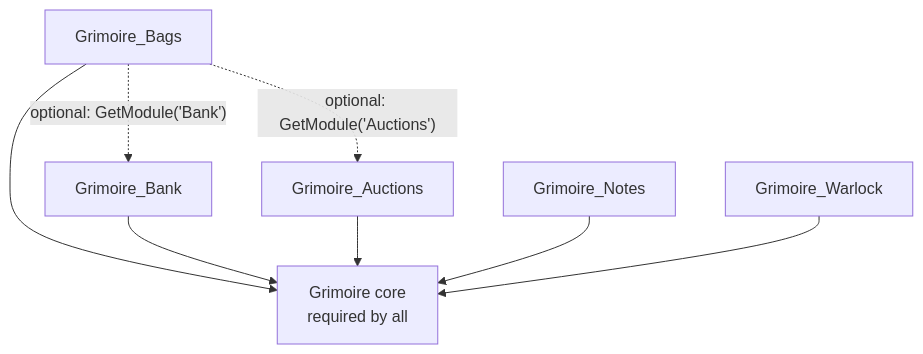
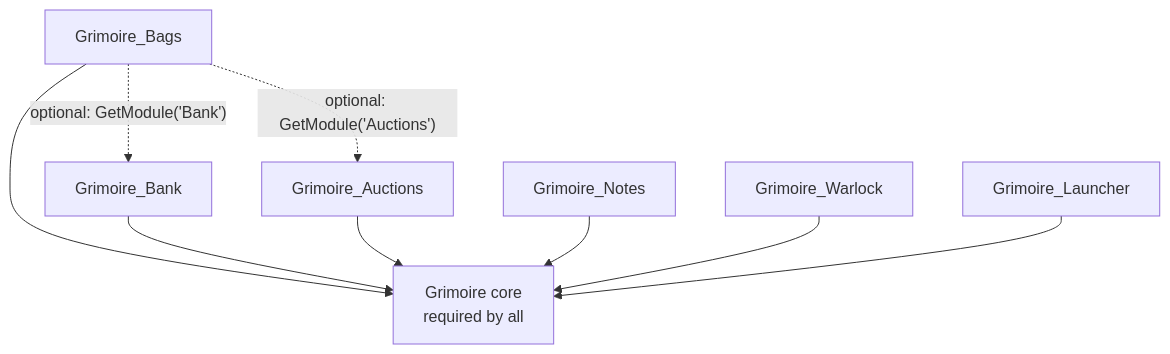
One commit to PhillypHenning/grimoire changed the diagram in docs/adr/0002-every-component-is-a-toggleable-addon.md. Above: the diagram before and after it, drawn with Mermaid. The commit also changed 11 other files, not shown here.

First line of the commit message:
Add Grimoire_Launcher: movable button for move mode and a menu

````diff
--- a/docs/adr/0002-every-component-is-a-toggleable-addon.md
+++ b/docs/adr/0002-every-component-is-a-toggleable-addon.md
@@ -21,11 +21,12 @@
 ```mermaid
 flowchart TD
     Core[Grimoire core<br/>required by all]
     Bags[Grimoire_Bags] --> Core
     Bank[Grimoire_Bank] --> Core
     Auctions[Grimoire_Auctions] --> Core
     Notes[Grimoire_Notes] --> Core
     Warlock[Grimoire_Warlock] --> Core
+    Launcher[Grimoire_Launcher] --> Core
     Bags -. "optional: GetModule('Bank')" .-> Bank
     Bags -. "optional: GetModule('Auctions')" .-> Auctions
 ```
````
